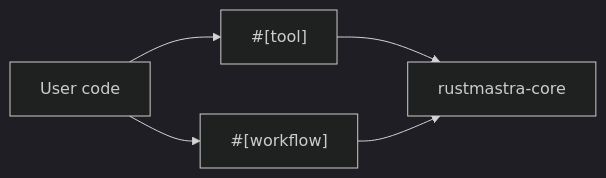
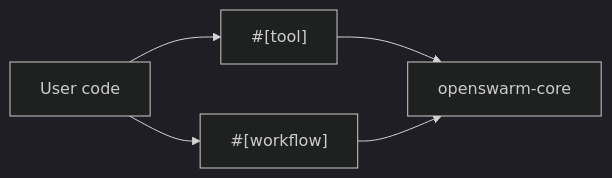
One commit to Van-Nice/van-swarm changed the first of 4 diagrams in documentation/architecture/06-macros.md. Above: the diagram before and after it, drawn with Mermaid (dark theme). The commit also changed other lines of this file and 80 other files, not shown here.

````diff
--- a/documentation/architecture/06-macros.md
+++ b/documentation/architecture/06-macros.md
@@ -7,12 +7,12 @@
 ```mermaid
 flowchart LR
     User[User code]
     tool_attr["#[tool]"]
     workflow_attr["#[workflow]"]
-    core[rustmastra-core]
+    core[openswarm-core]
 
     User --> tool_attr
     User --> workflow_attr
     tool_attr --> core
     workflow_attr --> core
 ```
````
